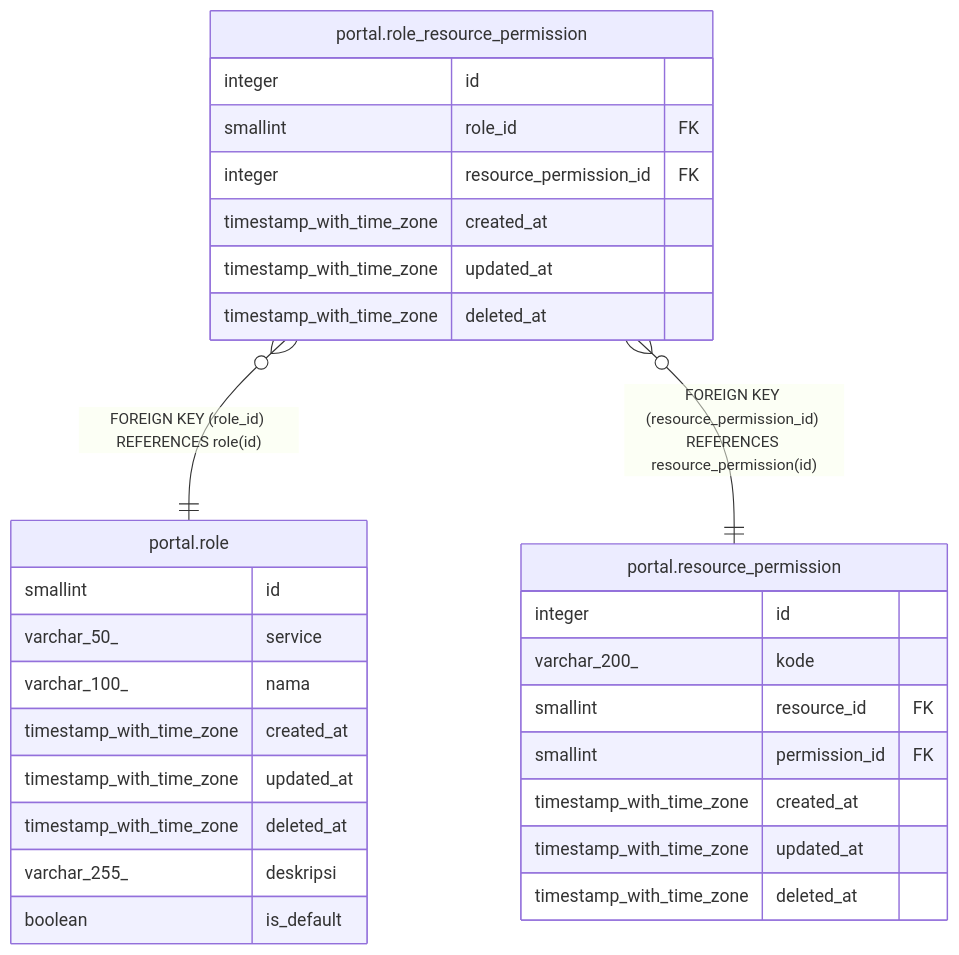
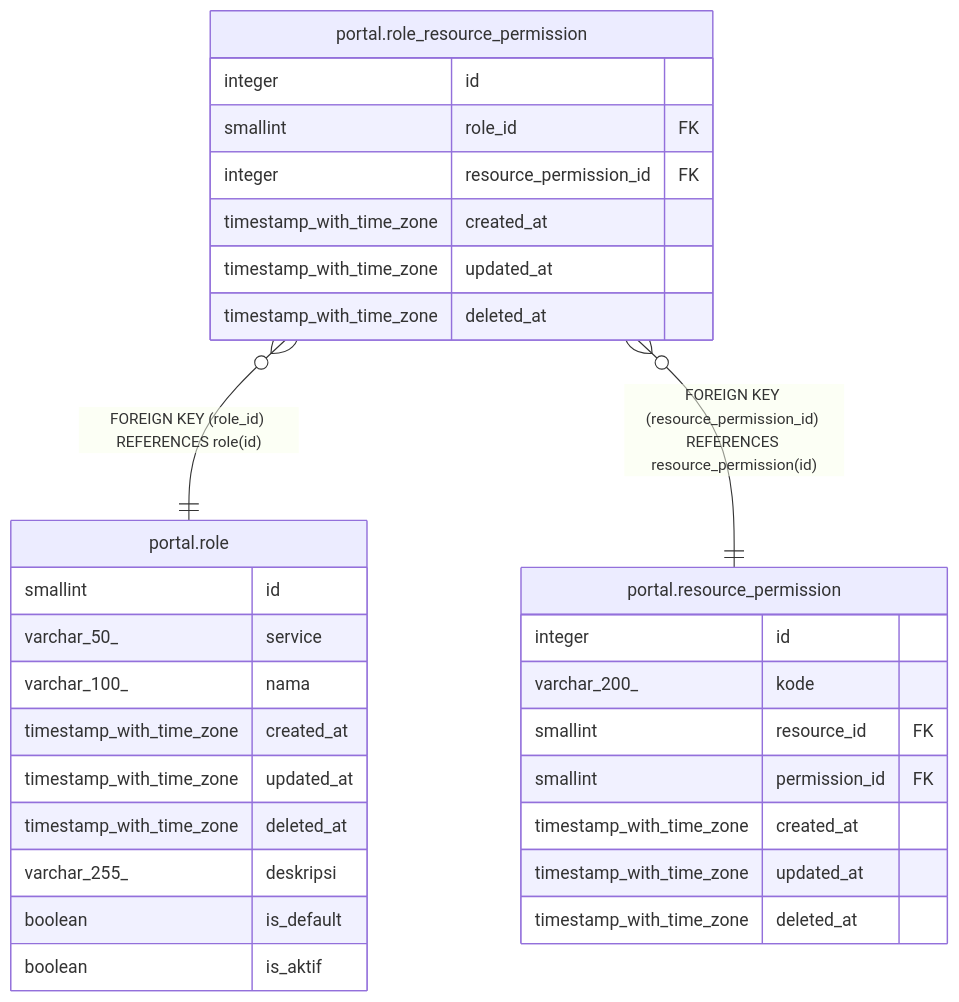
Before and after one commit to nandanugg/triforce.nvim: the diagram in services/portal/docs/db/portal.role_resource_permission.md, drawn with Mermaid. The commit also changed 21 other files, not shown here.

````diff
--- a/services/portal/docs/db/portal.role_resource_permission.md
+++ b/services/portal/docs/db/portal.role_resource_permission.md
@@ -33,34 +33,35 @@
 ```mermaid
 erDiagram
 
 "portal.role_resource_permission" }o--|| "portal.role" : "FOREIGN KEY (role_id) REFERENCES role(id)"
 "portal.role_resource_permission" }o--|| "portal.resource_permission" : "FOREIGN KEY (resource_permission_id) REFERENCES resource_permission(id)"
 
 "portal.role_resource_permission" {
   integer id
   smallint role_id FK
   integer resource_permission_id FK
   timestamp_with_time_zone created_at
   timestamp_with_time_zone updated_at
   timestamp_with_time_zone deleted_at
 }
 "portal.role" {
   smallint id
   varchar_50_ service
   varchar_100_ nama
   timestamp_with_time_zone created_at
   timestamp_with_time_zone updated_at
   timestamp_with_time_zone deleted_at
   varchar_255_ deskripsi
   boolean is_default
+  boolean is_aktif
 }
 "portal.resource_permission" {
   integer id
   varchar_200_ kode
   smallint resource_id FK
   smallint permission_id FK
   timestamp_with_time_zone created_at
   timestamp_with_time_zone updated_at
   timestamp_with_time_zone deleted_at
 }
 ```
````
